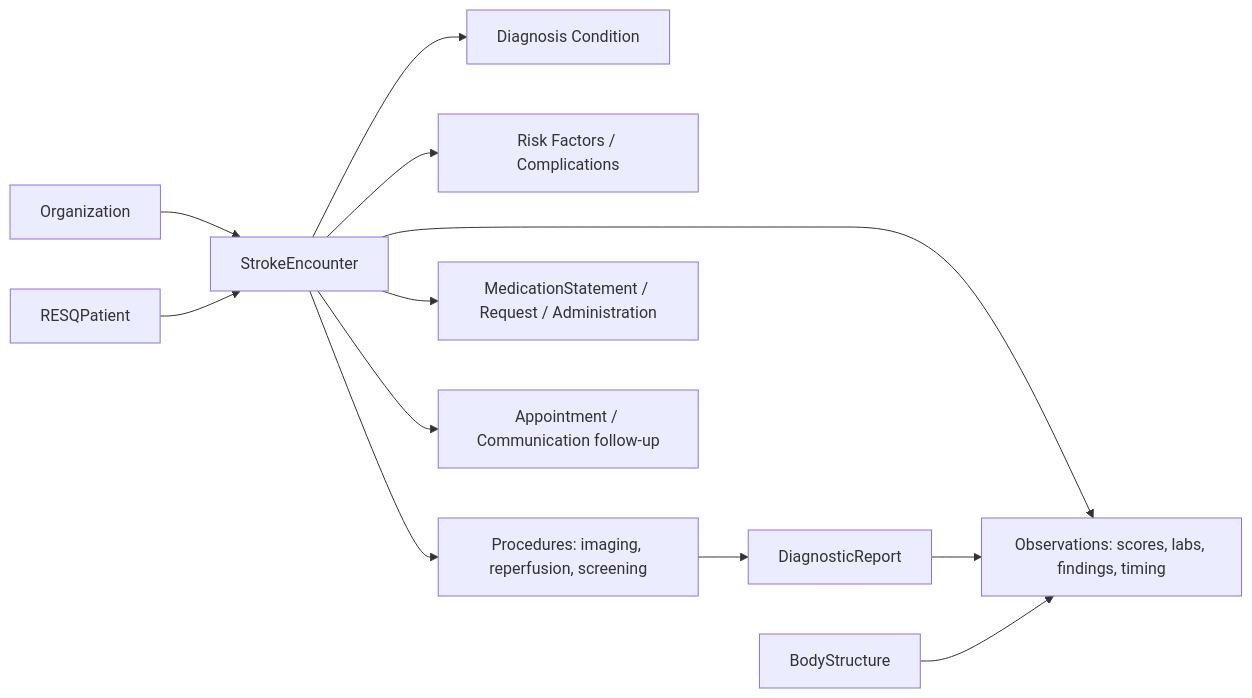
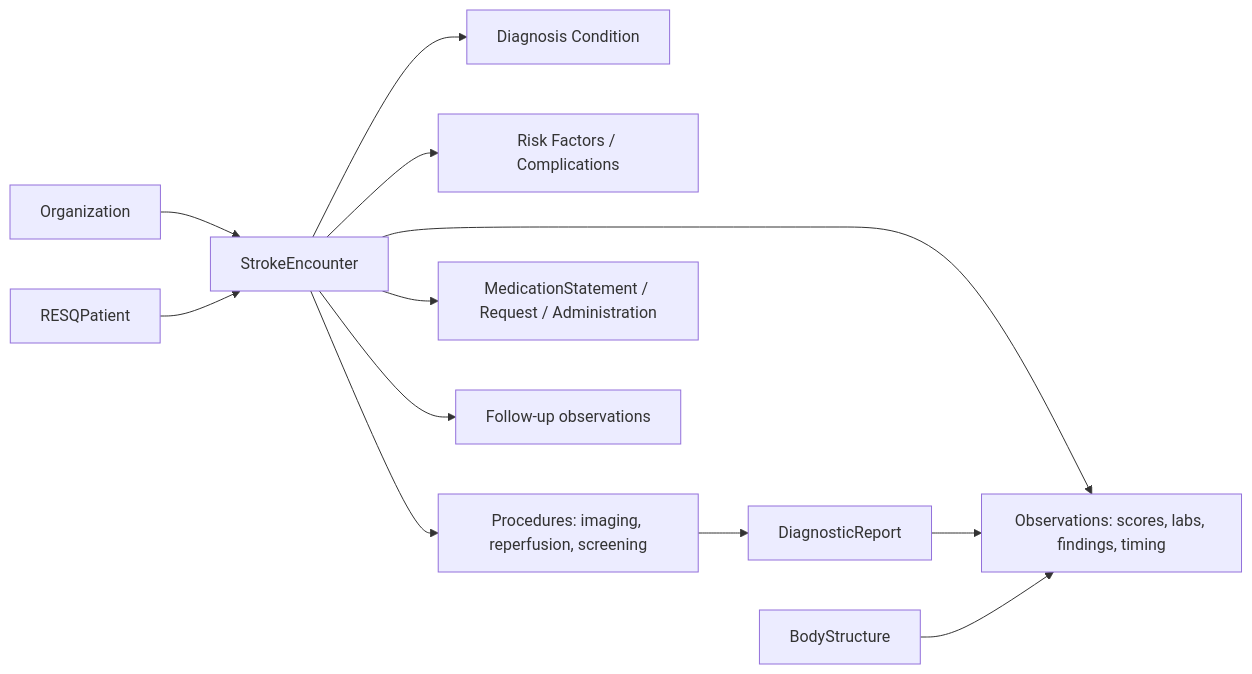
Before and after one commit to quality-registry/ri-fhir-implementation-guide: the diagram in input/pagecontent/index.md, drawn with Mermaid. The commit also changed other lines of this file and 43 other files, not shown here.

````diff
--- a/input/pagecontent/index.md
+++ b/input/pagecontent/index.md
@@ -46,14 +46,14 @@
 ```mermaid
 flowchart LR
   Org["Organization"] --> Enc["StrokeEncounter"]
   Pat["RESQPatient"] --> Enc
   Enc --> Dx["Diagnosis Condition"]
   Enc --> Risk["Risk Factors / Complications"]
   Enc --> Obs["Observations: scores, labs, findings, timing"]
   Enc --> Proc["Procedures: imaging, reperfusion, screening"]
   Proc --> Rep["DiagnosticReport"]
   Rep --> Obs
   Enc --> Med["MedicationStatement / Request / Administration"]
-  Enc --> Fu["Appointment / Communication follow-up"]
+  Enc --> Fu["Follow-up observations"]
   Body["BodyStructure"] --> Obs
 ```
````
